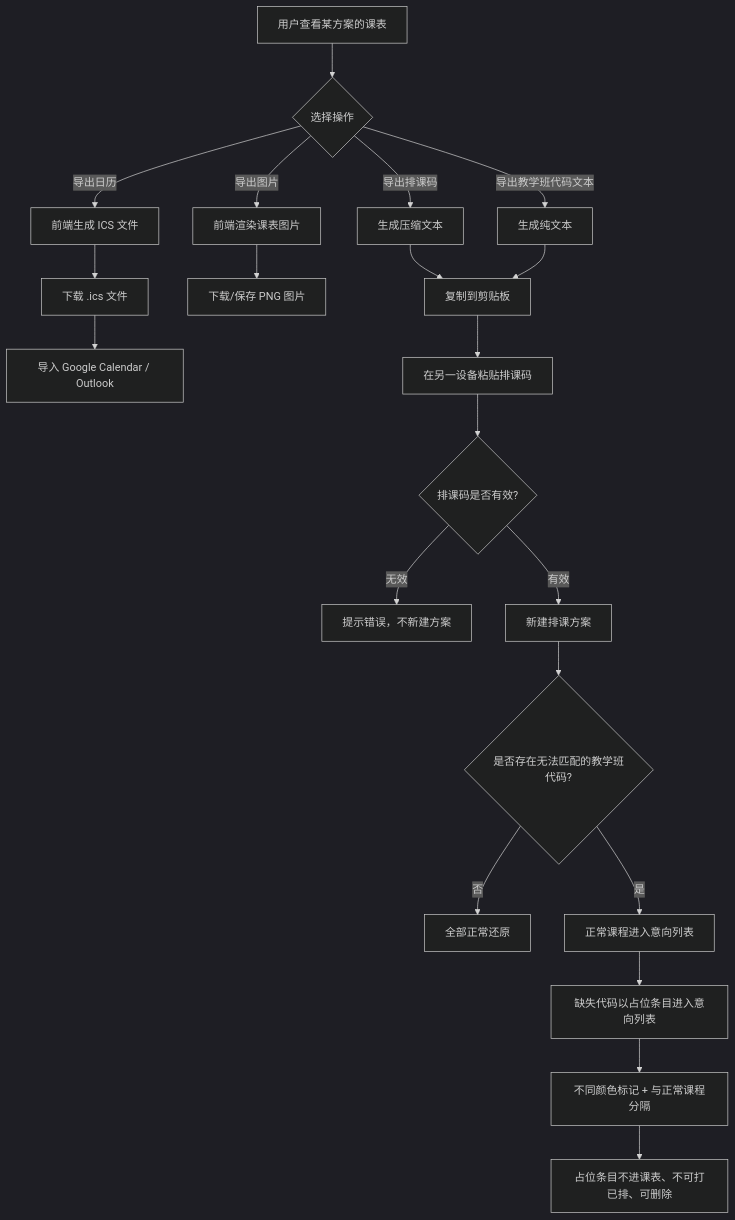
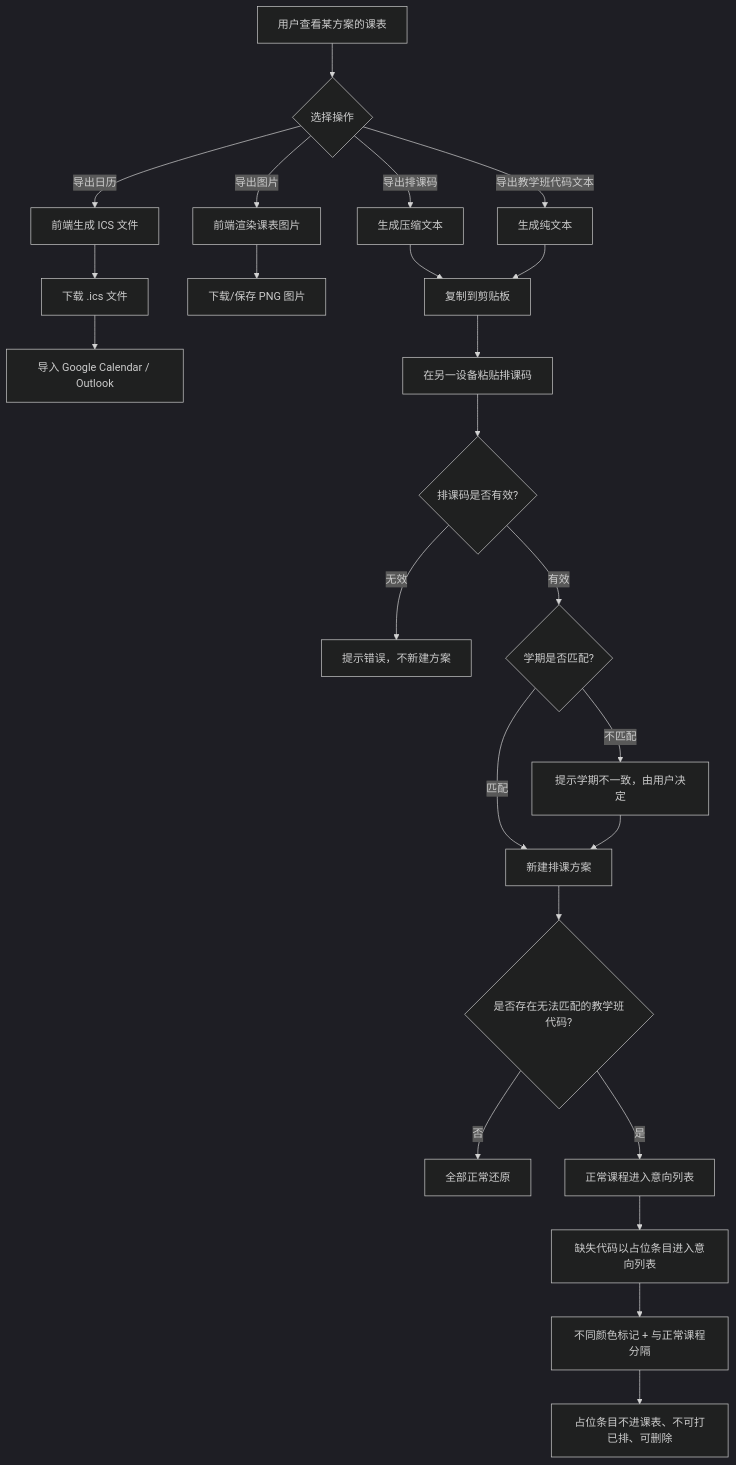
One commit to ECNU-minus/Hydrangea changed the fourth of 5 diagrams in docs/PRD-formal.md. Above: the diagram before and after it, drawn with Mermaid (dark theme). The commit also changed other lines of this file, not shown here.

````diff
--- a/docs/PRD-formal.md
+++ b/docs/PRD-formal.md
@@ -375,23 +439,26 @@
 ```mermaid
 flowchart TD
     A[用户查看某方案的课表] --> B{选择操作}
     B -- 导出日历 --> C[前端生成 ICS 文件]
     C --> D[下载 .ics 文件]
     D --> E[导入 Google Calendar / Outlook]
     B -- 导出图片 --> F[前端渲染课表图片]
     F --> G[下载/保存 PNG 图片]
     B -- 导出排课码 --> H[生成压缩文本]
     H --> I[复制到剪贴板]
     B -- 导出教学班代码文本 --> J[生成纯文本]
     J --> I
     I --> K[在另一设备粘贴排课码]
     K --> L{排课码是否有效?}
     L -- 无效 --> M[提示错误，不新建方案]
-    L -- 有效 --> N[新建排课方案]
-    N --> O{是否存在无法匹配的教学班代码?}
-    O -- 否 --> P[全部正常还原]
-    O -- 是 --> Q[正常课程进入意向列表]
-    Q --> R[缺失代码以占位条目进入意向列表]
-    R --> S[不同颜色标记 + 与正常课程分隔]
-    S --> T[占位条目不进课表、不可打已排、可删除]
+    L -- 有效 --> N{学期是否匹配?}
+    N -- 不匹配 --> O[提示学期不一致，由用户决定]
+    N -- 匹配 --> P[新建排课方案]
+    O --> P
+    P --> Q{是否存在无法匹配的教学班代码?}
+    Q -- 否 --> R[全部正常还原]
+    Q -- 是 --> S[正常课程进入意向列表]
+    S --> T[缺失代码以占位条目进入意向列表]
+    T --> U[不同颜色标记 + 与正常课程分隔]
+    U --> V[占位条目不进课表、不可打已排、可删除]
 ```
````
